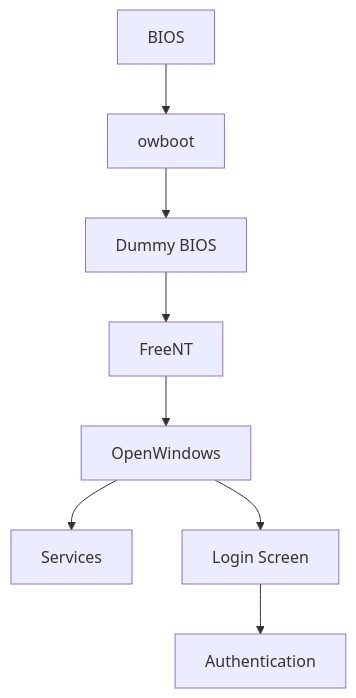
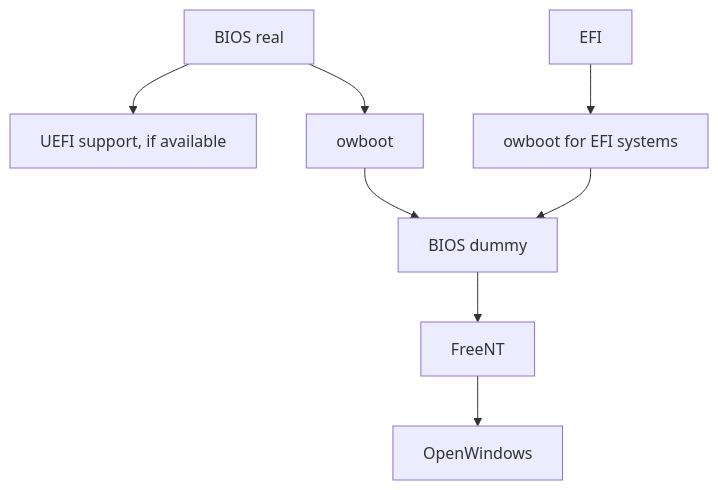
The diagram in README.md (freent-project/owboot), drawn with Mermaid before and after one commit. The commit also changed other lines of this file, not shown here.

````diff
--- a/README.md
+++ b/README.md
@@ -7,10 +7,10 @@
 ```mermaid
 graph TD;
+    BIOS[BIOS real]-->Efi[UEFI support, if available];
     BIOS-->owboot;
-    owboot-->C[Dummy BIOS];
+    EFI-->owbootefi[owboot for EFI systems];
+    owboot-->C[BIOS dummy];
+    owbootefi-->C[BIOS dummy];
     C-->FreeNT;
     FreeNT-->OpenWindows;
-    OpenWindows-->Services;
-    OpenWindows-->L[Login Screen];
-    L-->Authentication;
 ```
````
